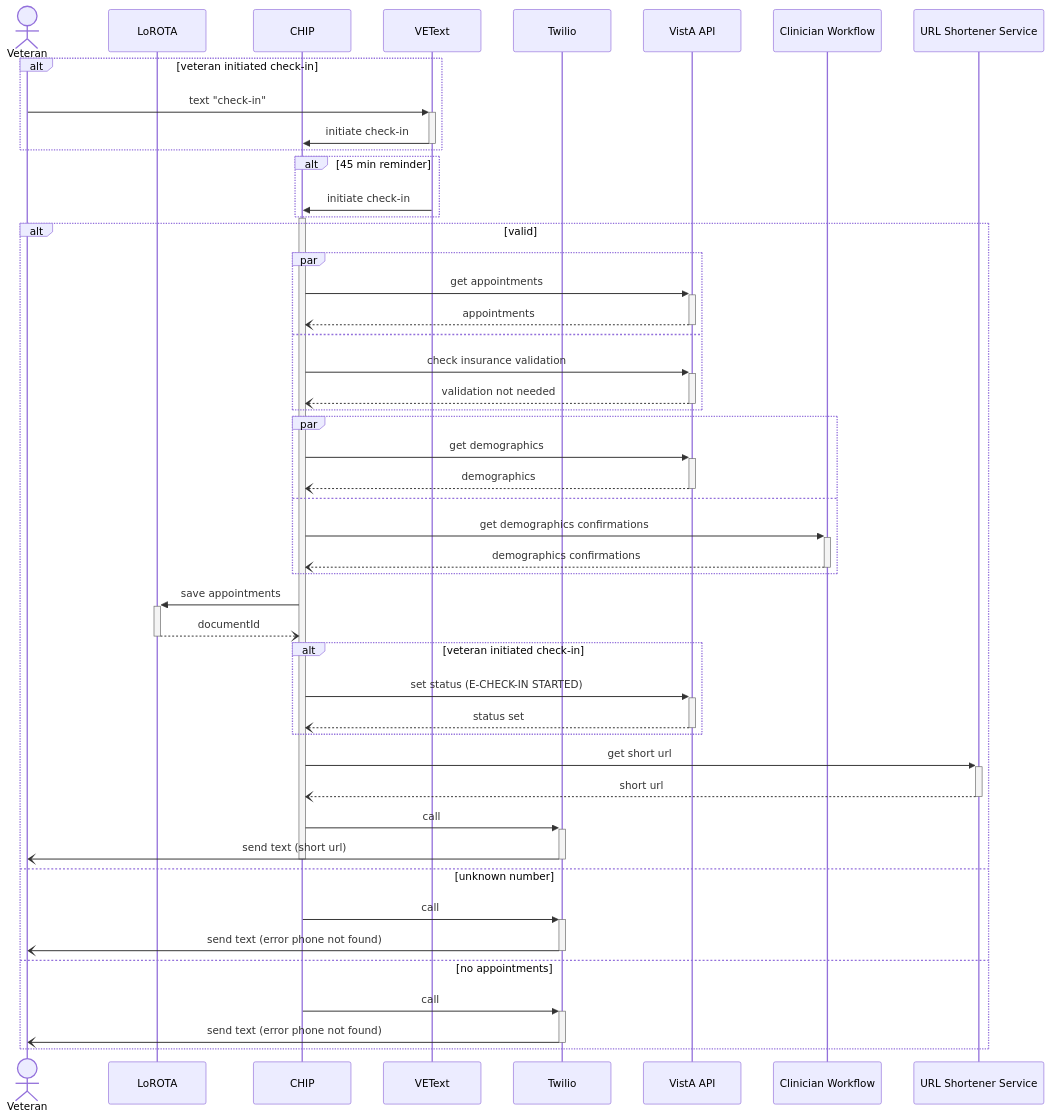
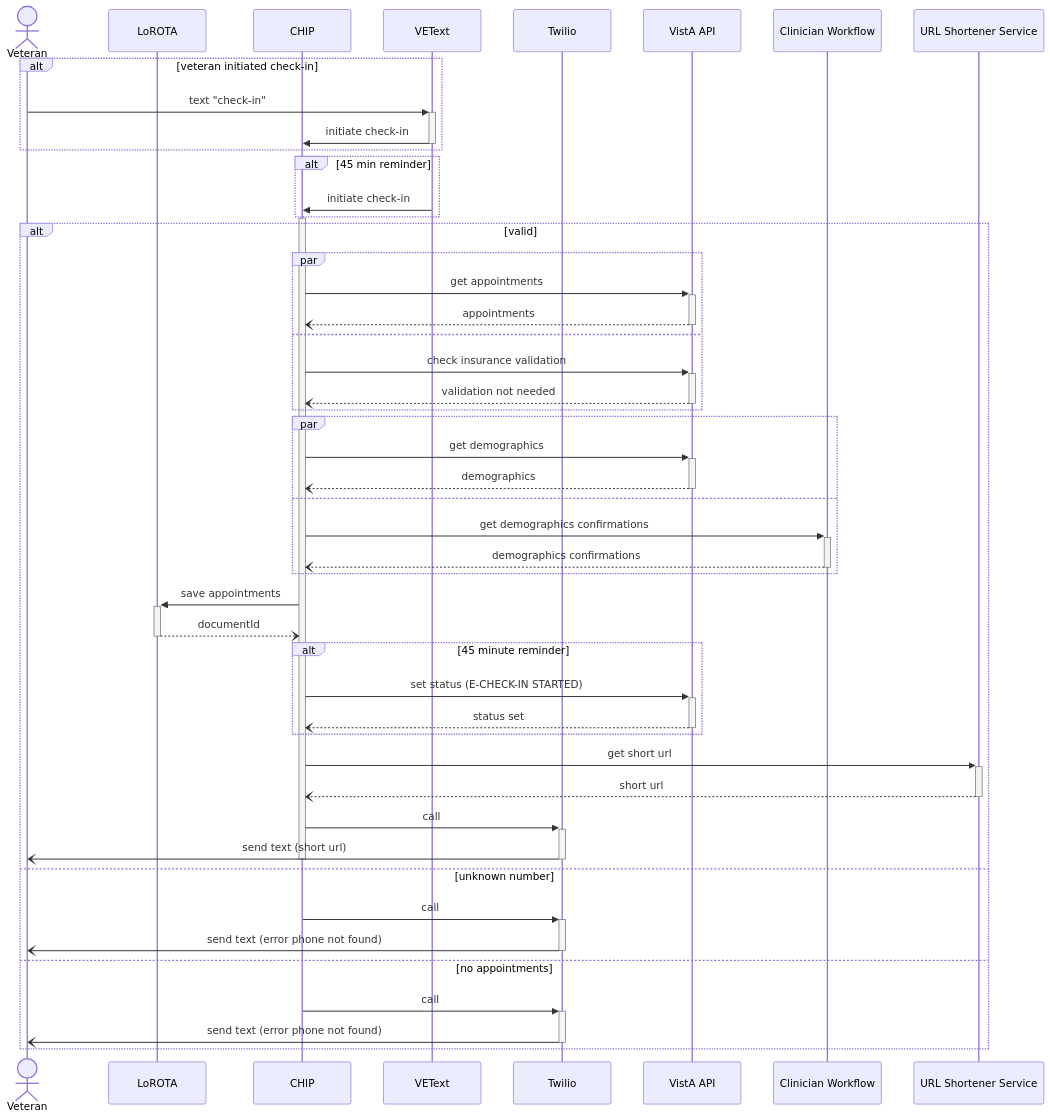
Before and after one commit to department-of-veterans-affairs/va.gov-team: the first of 4 diagrams in products/health-care/checkin/engineering/architecture-diagrams/sequenceDiagram_checkInExp.md, drawn with Mermaid.

````diff
--- a/products/health-care/checkin/engineering/architecture-diagrams/sequenceDiagram_checkInExp.md
+++ b/products/health-care/checkin/engineering/architecture-diagrams/sequenceDiagram_checkInExp.md
@@ -10,53 +10,53 @@
 ```mermaid
 sequenceDiagram
     actor vet as Veteran
     participant l as LoROTA
     participant c as CHIP
     participant vt as VEText
     participant t as Twilio
     participant va as VistA API
     participant cw as Clinician Workflow
     participant url as URL Shortener Service
 
     alt veteran initiated check-in
     vet->>+vt: text "check-in"
     vt->>-c: initiate check-in
     end
     alt 45 min reminder
     vt->>c: initiate check-in
     end
     activate c
     alt valid
       par
         c->>+va: get appointments
         va--)-c: appointments
       and
         c->>+va: check insurance validation
         va--)-c: validation not needed
       end
       par
         c->>+va: get demographics
         va--)-c: demographics
       and
         c->>+cw: get demographics confirmations
         cw--)-c: demographics confirmations
       end
         c->>+l: save appointments
         l--)-c: documentId
-        alt veteran initiated check-in
+        alt 45 minute reminder
             c->>+va: set status (E-CHECK-IN STARTED)
             va--)-c: status set
         end
         c->>+url: get short url
         url--)-c: short url
         c->>+t: call
         t-)-vet: send text (short url)
         deactivate c
     else unknown number
         c->>+t: call
         t-)-vet: send text (error phone not found)
     else no appointments
         c->>+t: call
         t-)-vet: send text (error phone not found)
     end
 ```
````
